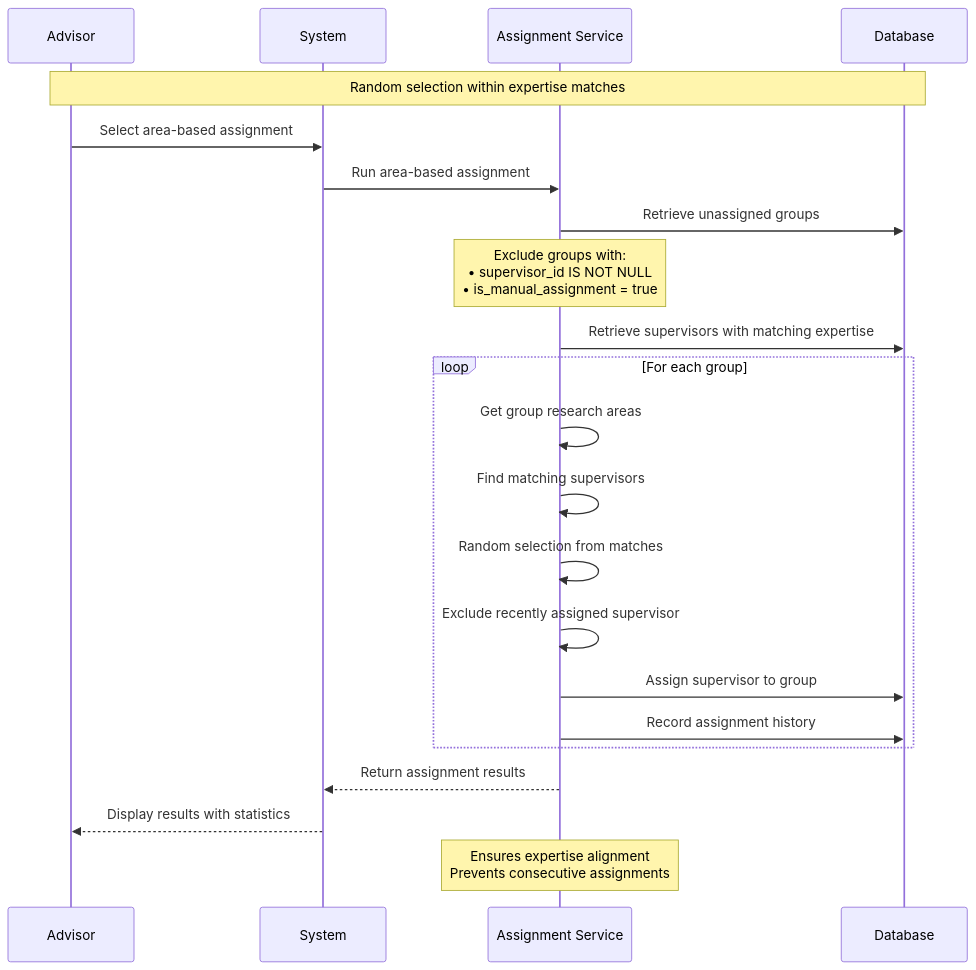
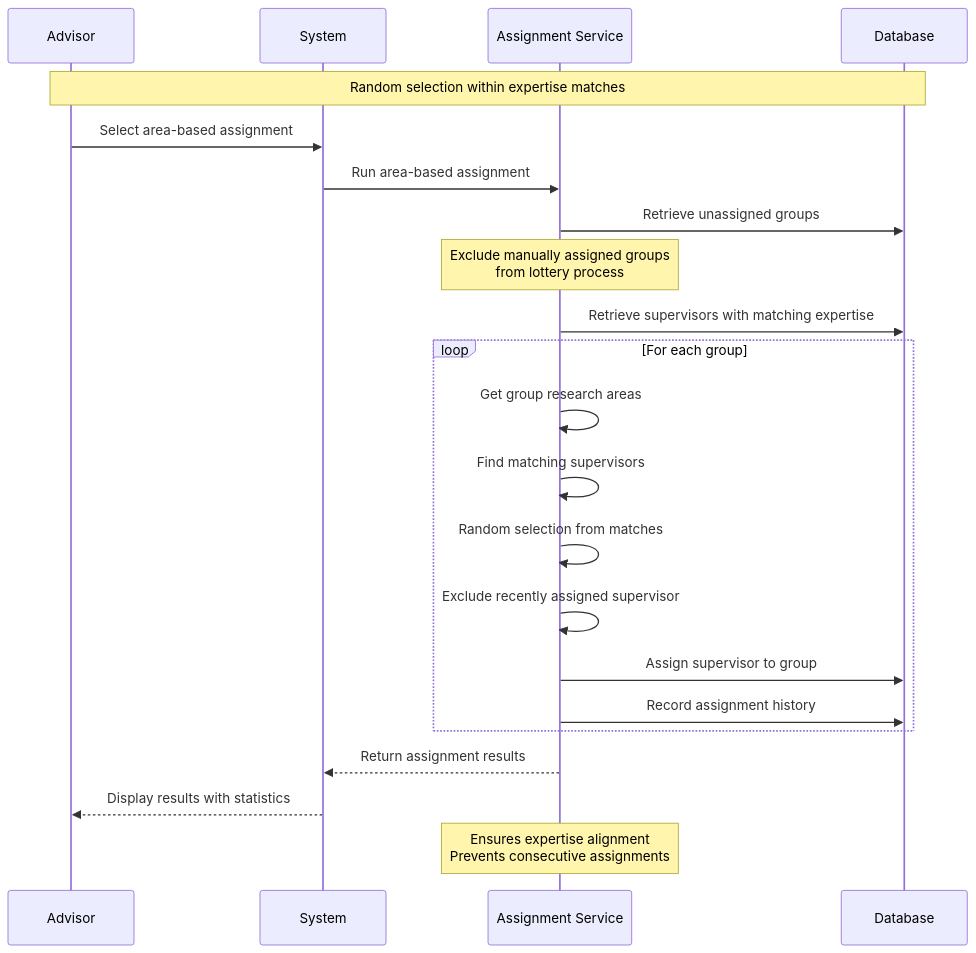
Diagram 20 of 35 in sequence-academic.md (abdullah2323442/thesisrepo-backup), drawn with Mermaid before and after one commit. The commit also changed other lines of this file, not shown here.

Commit message:
update sequence academic md

````diff
--- a/sequence-academic.md
+++ b/sequence-academic.md
@@ -614,30 +614,30 @@
 ```mermaid
 sequenceDiagram
     participant Advisor
     participant System
     participant Assignment Service
     participant Database
 
     Note over Advisor,Database: Random selection within expertise matches
     
     Advisor->>System: Select area-based assignment
     System->>Assignment Service: Run area-based assignment
     
     Assignment Service->>Database: Retrieve unassigned groups
-    Note over Assignment Service: Exclude groups with:<br/>• supervisor_id IS NOT NULL<br/>• is_manual_assignment = true
+    Note over Assignment Service: Exclude manually assigned groups<br/>from lottery process
     Assignment Service->>Database: Retrieve supervisors with matching expertise
     
     loop For each group
         Assignment Service->>Assignment Service: Get group research areas
         Assignment Service->>Assignment Service: Find matching supervisors
         Assignment Service->>Assignment Service: Random selection from matches
         Assignment Service->>Assignment Service: Exclude recently assigned supervisor
         Assignment Service->>Database: Assign supervisor to group
         Assignment Service->>Database: Record assignment history
     end
     
     Assignment Service-->>System: Return assignment results
     System-->>Advisor: Display results with statistics
     
     Note over Assignment Service: Ensures expertise alignment<br/>Prevents consecutive assignments
 ```
````
